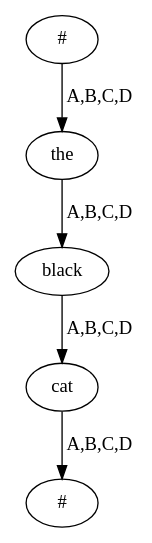
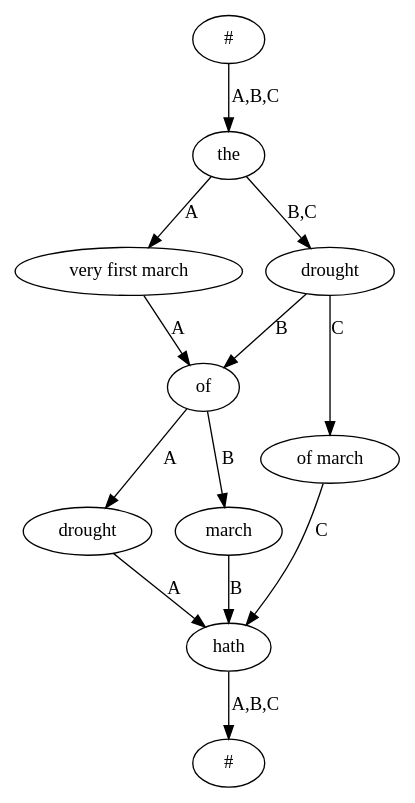
One commit to interedition/collatex changed the diagram in collatex-web/src/main/ruby/input.dot. Above: the diagram before and after it, drawn with Graphviz. The commit also changed 5 other files, not shown here.

```diff
--- a/collatex-web/src/main/ruby/input.dot
+++ b/collatex-web/src/main/ruby/input.dot
@@ -1,11 +1,24 @@
 digraph G {
-  1 [label = "#"];
-  2 [label = "#"];
-  3 [label = "the"];
-  4 [label = "black"];
-  5 [label = "cat"];
-  1 -> 3 [label = "A,B,C,D"];
-  3 -> 4 [label = "A,B,C,D"];
-  4 -> 5 [label = "A,B,C,D"];
-  5 -> 2 [label = "A,B,C,D"];
+  108 [label = "#"];
+  109 [label = "#"];
+  110 [label = "the"];
+  111 [label = "very first march"];
+  112 [label = "of"];
+  113 [label = "drought"];
+  114 [label = "hath"];
+  115 [label = "march"];
+  116 [label = "drought"];
+  117 [label = "of march"];
+  108 -> 110 [label = "A,B,C"];
+  110 -> 111 [label = "A"];
+  111 -> 112 [label = "A"];
+  112 -> 113 [label = "A"];
+  113 -> 114 [label = "A"];
+  114 -> 109 [label = "A,B,C"];
+  112 -> 115 [label = "B"];
+  115 -> 114 [label = "B"];
+  110 -> 116 [label = "B,C"];
+  116 -> 112 [label = "B"];
+  116 -> 117 [label = "C"];
+  117 -> 114 [label = "C"];
 }
```
